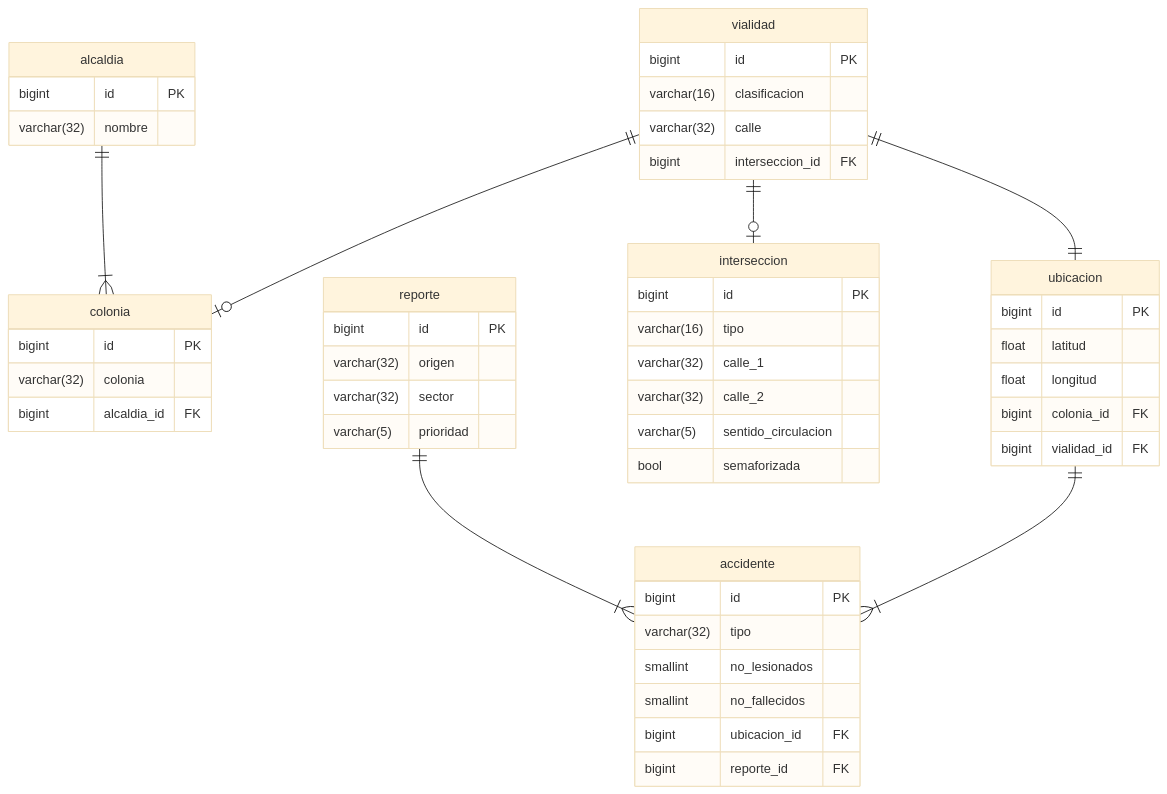
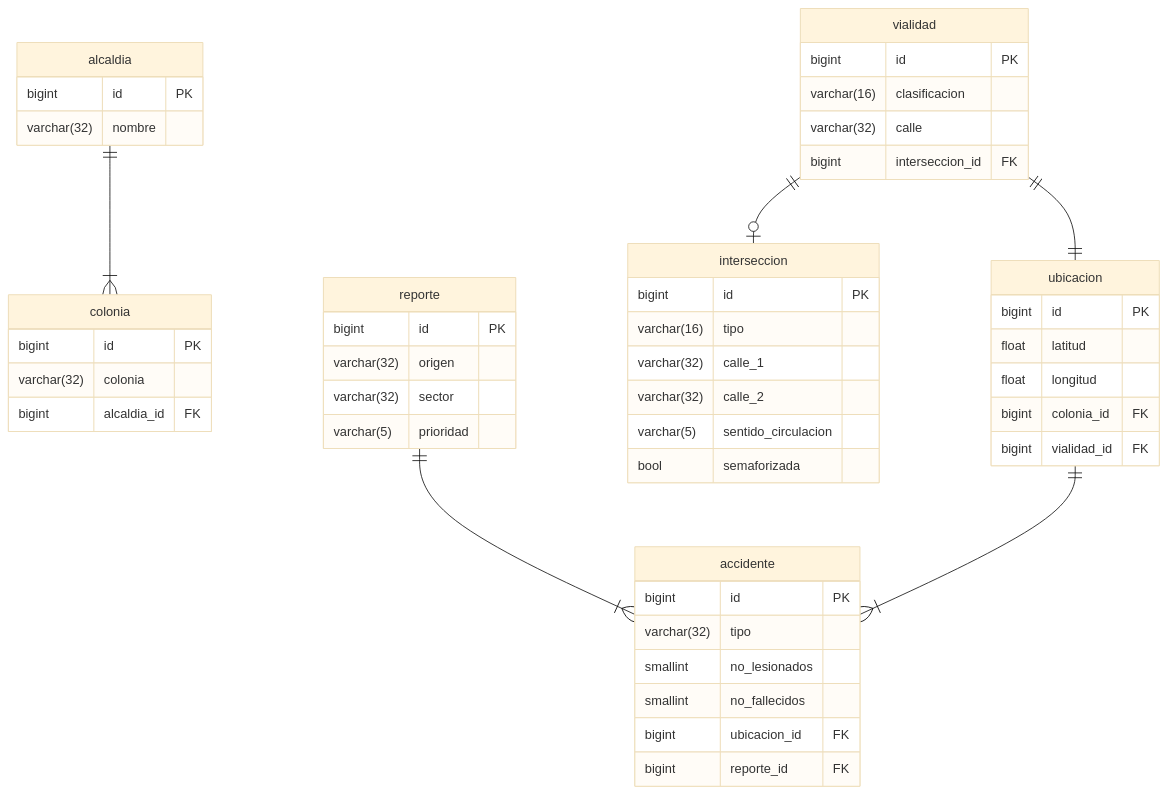
Before and after one commit to joltdot/proyecto_bd: the diagram in README.md, drawn with Mermaid (base theme).

Commit message:
Remove relationship between vialidad and colonia

````diff
--- a/README.md
+++ b/README.md
@@ -360,58 +360,57 @@
 ```mermaid
 erDiagram
     ubicacion ||--|{ accidente : " "
     reporte || -- |{ accidente : " "
     alcaldia ||--|{ colonia : " "
-    vialidad  ||--o| colonia : " "
     vialidad ||--o| interseccion : " "
     vialidad ||--|| ubicacion : " "
     
     
     
     accidente {
         bigint id PK
         varchar(32) tipo
         smallint no_lesionados
         smallint no_fallecidos
         bigint ubicacion_id FK
         bigint reporte_id FK
     }
     alcaldia {
         bigint id PK
         varchar(32) nombre
     }
     colonia {
         bigint id PK
         varchar(32) colonia
         bigint alcaldia_id FK
     }
     interseccion {
         bigint id PK
         varchar(16) tipo
         varchar(32) calle_1
         varchar(32) calle_2
         varchar(5) sentido_circulacion
         bool semaforizada
     }
     vialidad {
         bigint id PK
         varchar(16) clasificacion
         varchar(32) calle
         bigint interseccion_id FK
     }
     ubicacion {
         bigint id PK
         float latitud
         float longitud
         bigint colonia_id FK
         bigint vialidad_id FK
         
     }
     reporte {
         bigint id PK
         varchar(32) origen
         varchar(32) sector
         varchar(5) prioridad
     }
 
 ```
````
